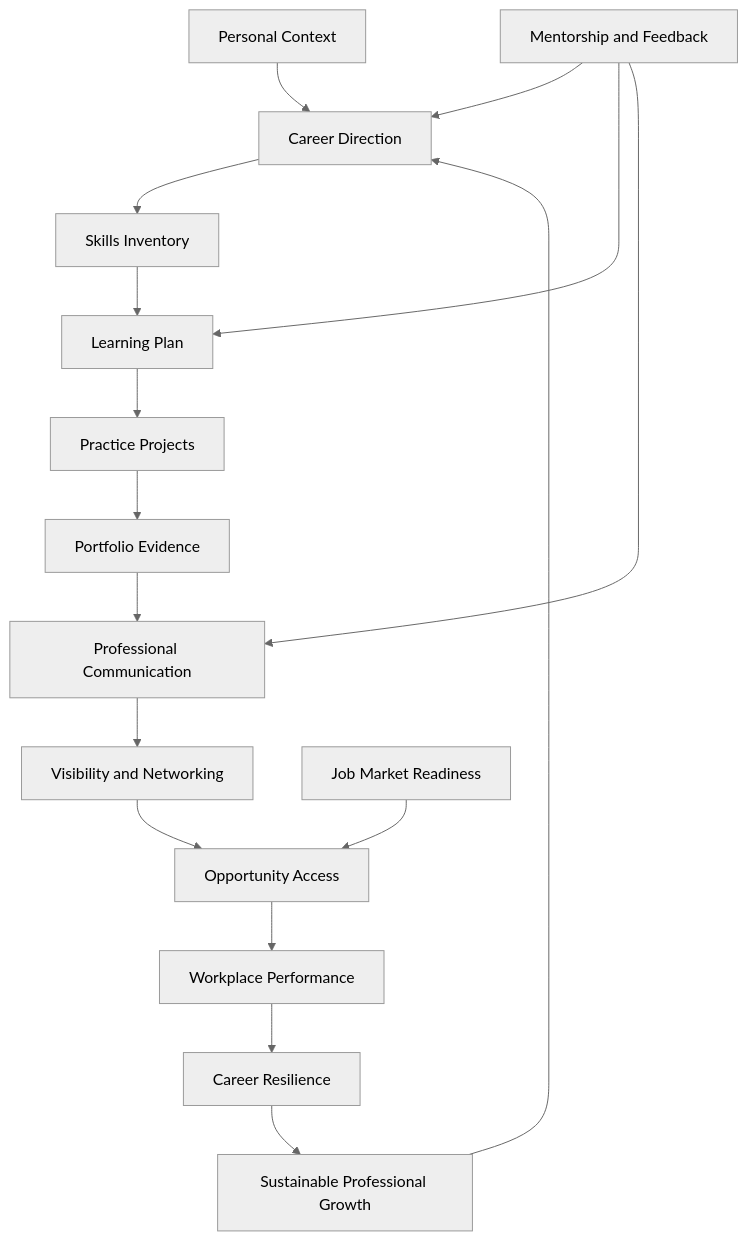
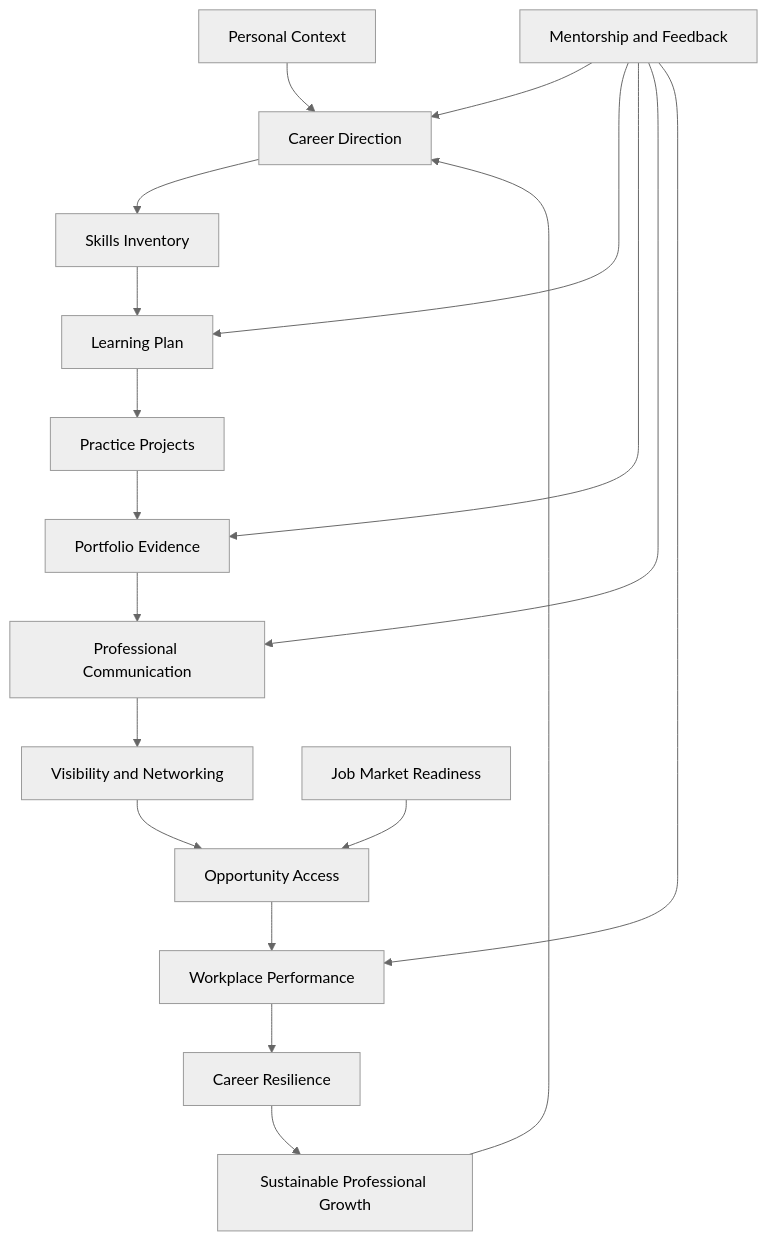
Before and after one commit to tmbuza/career-system: the second of 3 diagrams in 01-system-overview.qmd, drawn with Mermaid (neutral theme). The commit also changed other lines of this file and 33 other files, not shown here.

````diff
--- a/01-system-overview.qmd
+++ b/01-system-overview.qmd
@@ -60,35 +80,37 @@
 ```{mermaid}
 flowchart TD
 
     A[Personal Context]
     B[Career Direction]
     C[Skills Inventory]
     D[Learning Plan]
     E[Practice Projects]
     F[Portfolio Evidence]
     G[Professional Communication]
     H[Visibility and Networking]
     I[Mentorship and Feedback]
     J[Job Market Readiness]
     K[Opportunity Access]
     L[Workplace Performance]
     M[Career Resilience]
     N[Sustainable Professional Growth]
 
     A --> B
     B --> C
     C --> D
     D --> E
     E --> F
     F --> G
     G --> H
     H --> K
     I --> B
     I --> D
+    I --> F
     I --> G
+    I --> L
     J --> K
     K --> L
     L --> M
     M --> N
     N --> B
 ```
````
